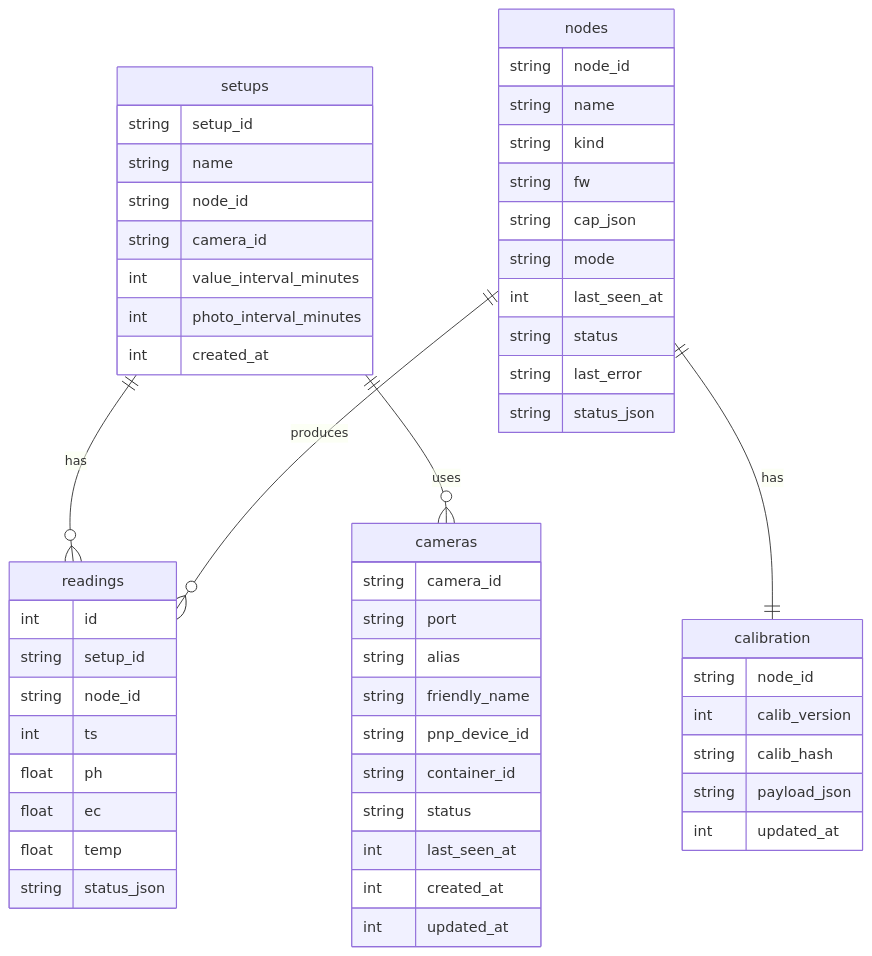
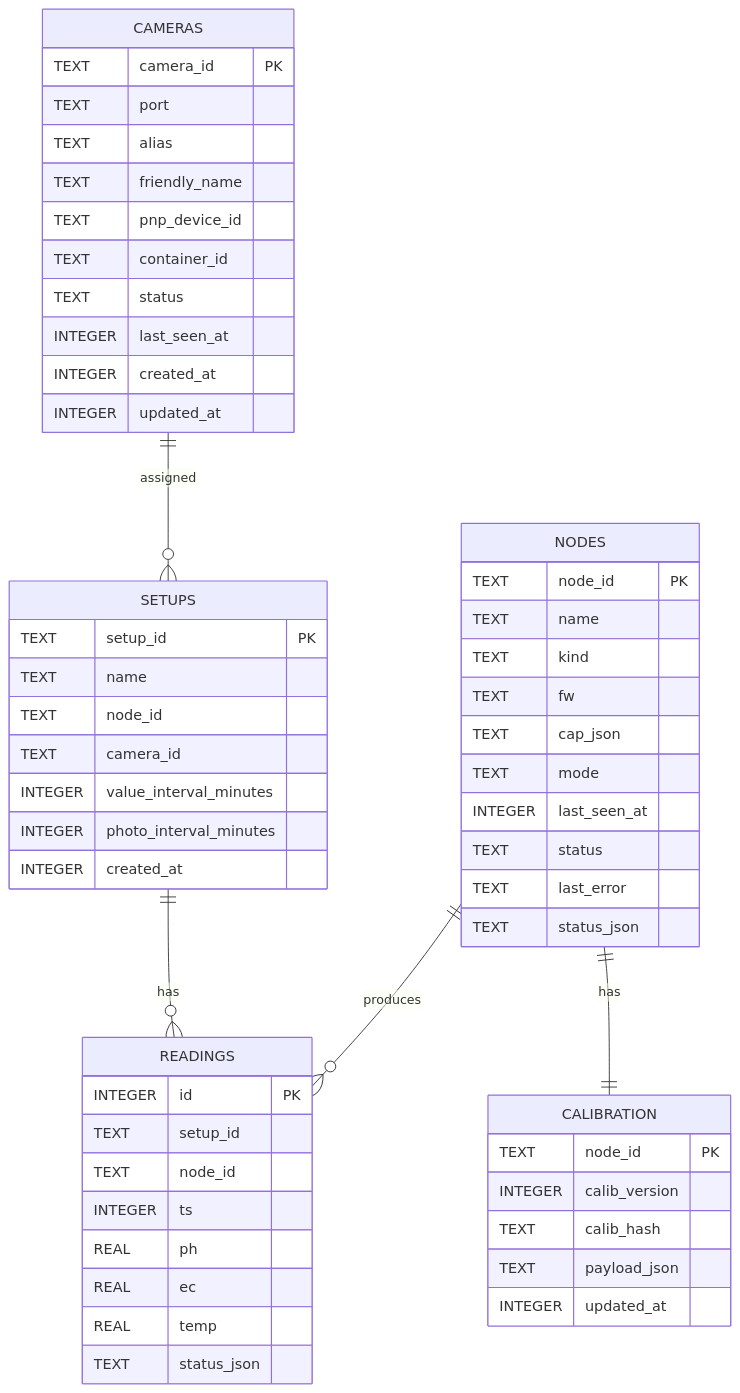
One commit to nilu-s/Hydroponik_Observer changed the diagram in docs/data-model.md. Above: the diagram before and after it, drawn with Mermaid. The commit also changed other lines of this file and 18 other files, not shown here.

````diff
--- a/docs/data-model.md
+++ b/docs/data-model.md
@@ -7,62 +5,58 @@
 ```mermaid
 erDiagram
-  setups ||--o{ readings : has
-  nodes ||--o{ readings : produces
-  setups ||--o{ cameras : uses
-  nodes ||--|| calibration : has
+    SETUPS {
+        TEXT setup_id PK
+        TEXT name
+        TEXT node_id
+        TEXT camera_id
+        INTEGER value_interval_minutes
+        INTEGER photo_interval_minutes
+        INTEGER created_at
+    }
+    NODES {
+        TEXT node_id PK
+        TEXT name
+        TEXT kind
+        TEXT fw
+        TEXT cap_json
+        TEXT mode
+        INTEGER last_seen_at
+        TEXT status
+        TEXT last_error
+        TEXT status_json
+    }
+    CALIBRATION {
+        TEXT node_id PK
+        INTEGER calib_version
+        TEXT calib_hash
+        TEXT payload_json
+        INTEGER updated_at
+    }
+    READINGS {
+        INTEGER id PK
+        TEXT setup_id
+        TEXT node_id
+        INTEGER ts
+        REAL ph
+        REAL ec
+        REAL temp
+        TEXT status_json
+    }
+    CAMERAS {
+        TEXT camera_id PK
+        TEXT port
+        TEXT alias
+        TEXT friendly_name
+        TEXT pnp_device_id
+        TEXT container_id
+        TEXT status
+        INTEGER last_seen_at
+        INTEGER created_at
+        INTEGER updated_at
+    }
 
-  setups {
-    string setup_id
-    string name
-    string node_id
-    string camera_id
-    int value_interval_minutes
-    int photo_interval_minutes
-    int created_at
-  }
-
-  nodes {
-    string node_id
-    string name
-    string kind
-    string fw
-    string cap_json
-    string mode
-    int last_seen_at
-    string status
-    string last_error
-    string status_json
-  }
-
-  readings {
-    int id
-    string setup_id
-    string node_id
-    int ts
-    float ph
-    float ec
-    float temp
-    string status_json
-  }
-
-  cameras {
-    string camera_id
-    string port
-    string alias
-    string friendly_name
-    string pnp_device_id
-    string container_id
-    string status
-    int last_seen_at
-    int created_at
-    int updated_at
-  }
-
-  calibration {
-    string node_id
-    int calib_version
-    string calib_hash
-    string payload_json
-    int updated_at
-  }
+    SETUPS ||--o{ READINGS : has
+    NODES ||--o{ READINGS : produces
+    NODES ||--|| CALIBRATION : has
+    CAMERAS ||--o{ SETUPS : assigned
 ```
````
